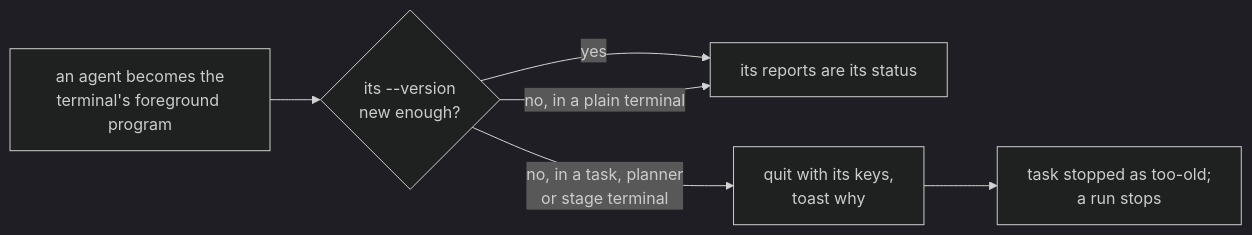
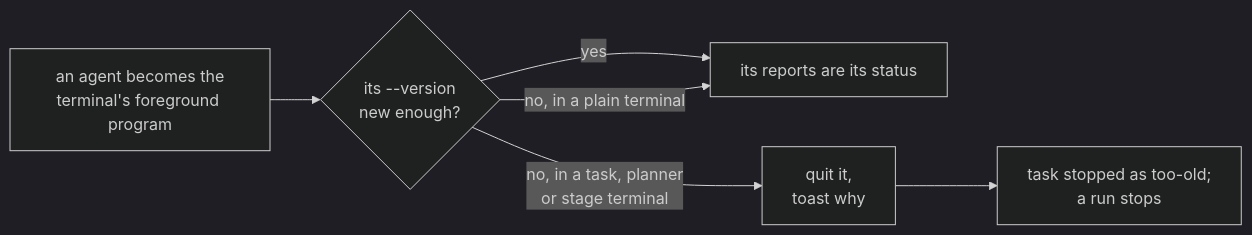
One commit to tampopogk/kanna changed the second of 3 diagrams in docs/specs/agent-status.md. Above: the diagram before and after it, drawn with Mermaid (dark theme). The commit also changed 15 other files, not shown here.

````diff
--- a/docs/specs/agent-status.md
+++ b/docs/specs/agent-status.md
@@ -67,8 +67,8 @@
 ```mermaid
 flowchart LR
     F["an agent becomes the<br/>terminal's foreground program"] --> V{"its --version<br/>new enough?"}
     V -->|yes| R["its reports are its status"]
-    V -->|"no, in a task, planner<br/>or stage terminal"| Q["quit with its keys,<br/>toast why"]
+    V -->|"no, in a task, planner<br/>or stage terminal"| Q["quit it,<br/>toast why"]
     Q --> S["task stopped as too-old;<br/>a run stops"]
     V -->|"no, in a plain terminal"| R
 ```
````
